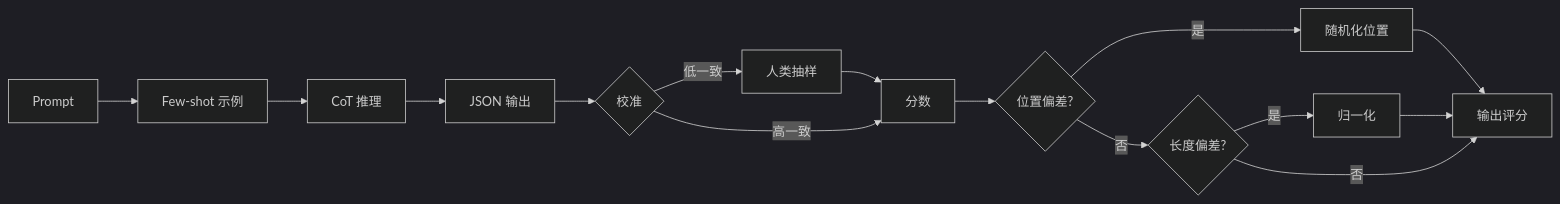
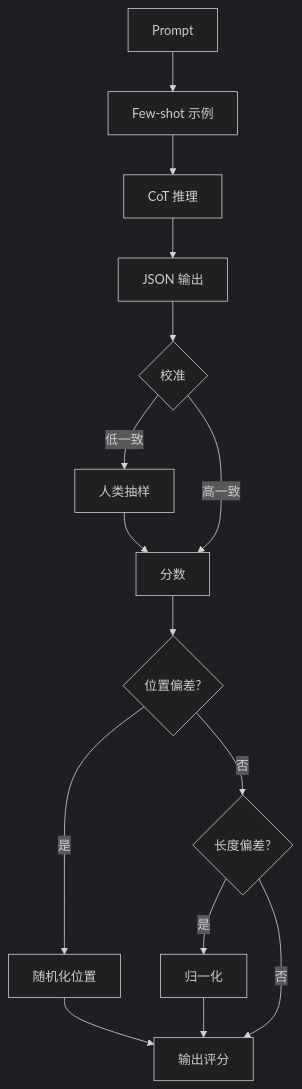
The fourth of 5 diagrams in zh/教辅/信息图/第22章.md (godlockin/maths-cs-ai-compendium), drawn with Mermaid (dark theme) before and after one commit. The commit also changed 12 other files, not shown here.

First line of the commit message:
jiaofu: 信息图 13 章内容修正

````diff
--- a/zh/教辅/信息图/第22章.md
+++ b/zh/教辅/信息图/第22章.md
@@ -94,19 +94,19 @@
 ```mermaid
-flowchart LR
+flowchart TB
   P[Prompt] --> F[Few-shot 示例]
   F --> C[CoT 推理]
   C --> J[JSON 输出]
   J --> V{校准}
   V -->|低一致| H[人类抽样]
   V -->|高一致| S[分数]
   H --> S
 
   S --> B1{位置偏差?}
   B1 -->|是| Fix[随机化位置]
   B1 -->|否| B2{长度偏差?}
   B2 -->|是| Fix2[归一化]
   B2 -->|否| OUT[输出评分]
 
   Fix --> OUT
   Fix2 --> OUT
 ```
````
